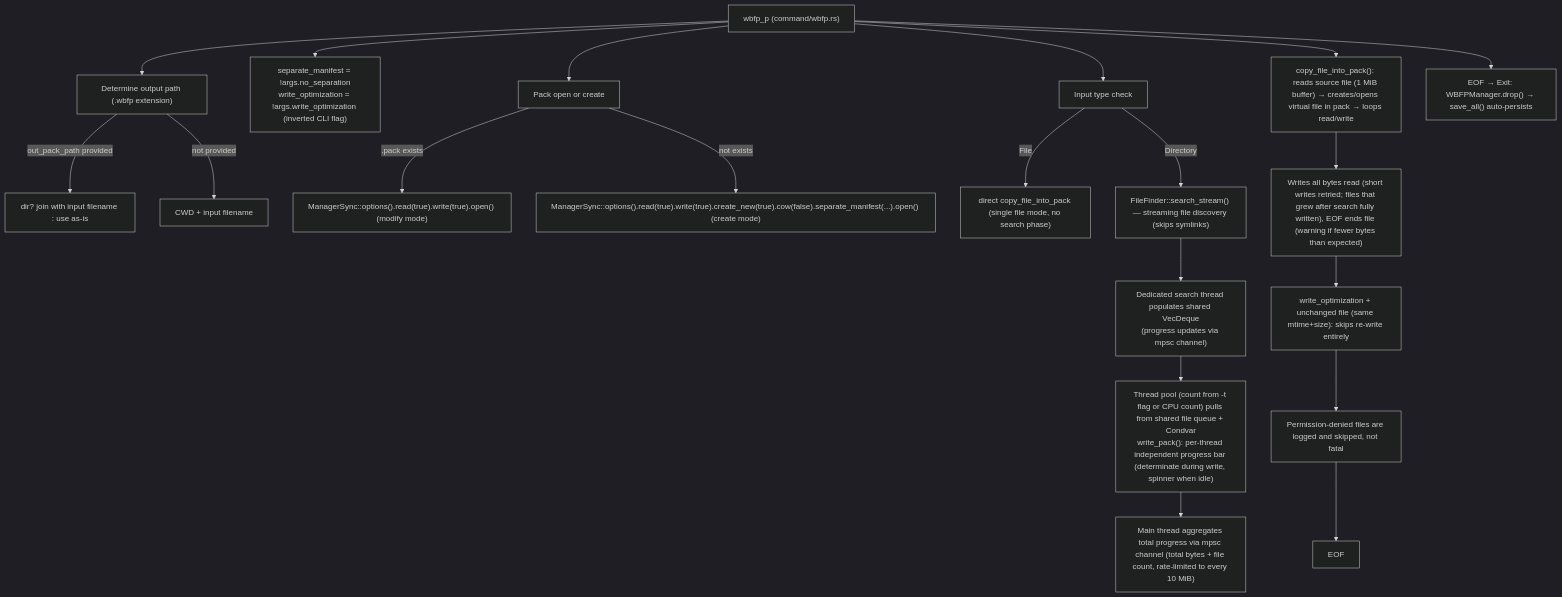
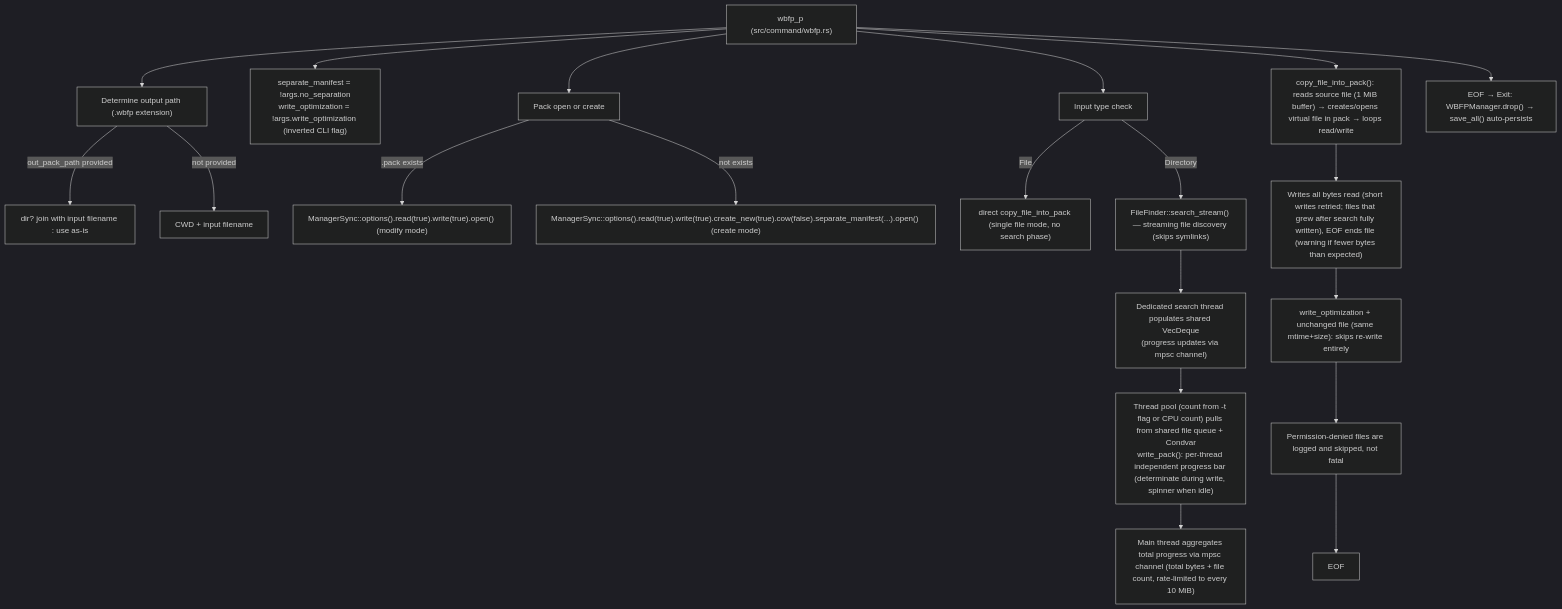
Before and after one commit to WaterBall20/water_ball_tool: the fifth of 9 diagrams in ARCHITECTURE.md, drawn with Mermaid (dark theme). The commit also changed other lines of this file and 27 other files, not shown here.

````diff
--- a/ARCHITECTURE.md
+++ b/ARCHITECTURE.md
@@ -705,23 +848,23 @@
 ```mermaid
 flowchart TD
-    P["wbfp_p (command/wbfp.rs)"]
+    P["wbfp_p (src/command/wbfp.rs)"]
     P --> D["Determine output path (.wbfp extension)"]
     D -->|" out_pack_path provided "| D1["dir? join with input filename : use as-is"]
     D -->|" not provided "| D2["CWD + input filename"]
     P --> S["separate_manifest = !args.no_separation<br/>write_optimization = !args.write_optimization (inverted CLI flag)"]
     P --> O["Pack open or create"]
     O -->|" .pack exists "| O1["ManagerSync::options().read(true).write(true).open() (modify mode)"]
     O -->|" not exists "| O2["ManagerSync::options().read(true).write(true).create_new(true).cow(false).separate_manifest(...).open() (create mode)"]
     P --> I["Input type check"]
     I -->|" File "| I1["direct copy_file_into_pack (single file mode, no search phase)"]
     I -->|" Directory "| I2["FileFinder::search_stream() — streaming file discovery (skips symlinks)"]
     I2 --> I3["Dedicated search thread populates shared VecDeque<br/>(progress updates via mpsc channel)"]
     I3 --> I4["Thread pool (count from -t flag or CPU count) pulls from shared file queue + Condvar<br/>write_pack(): per-thread independent progress bar (determinate during write, spinner when idle)"]
     I4 --> I5["Main thread aggregates total progress via mpsc channel (total bytes + file count, rate-limited to every 10 MiB)"]
     P --> C["copy_file_into_pack(): reads source file (1 MiB buffer) → creates/opens virtual file in pack → loops read/write"]
     C --> C1["Writes all bytes read (short writes retried; files that grew after search fully written), EOF ends file (warning if fewer bytes than expected)"]
     C1 --> C2["write_optimization + unchanged file (same mtime+size): skips re-write entirely"]
     C2 --> C3["Permission-denied files are logged and skipped, not fatal"]
     C3 --> EOF
     P --> X["EOF → Exit: WBFPManager.drop() → save_all() auto-persists"]
 ```
````
